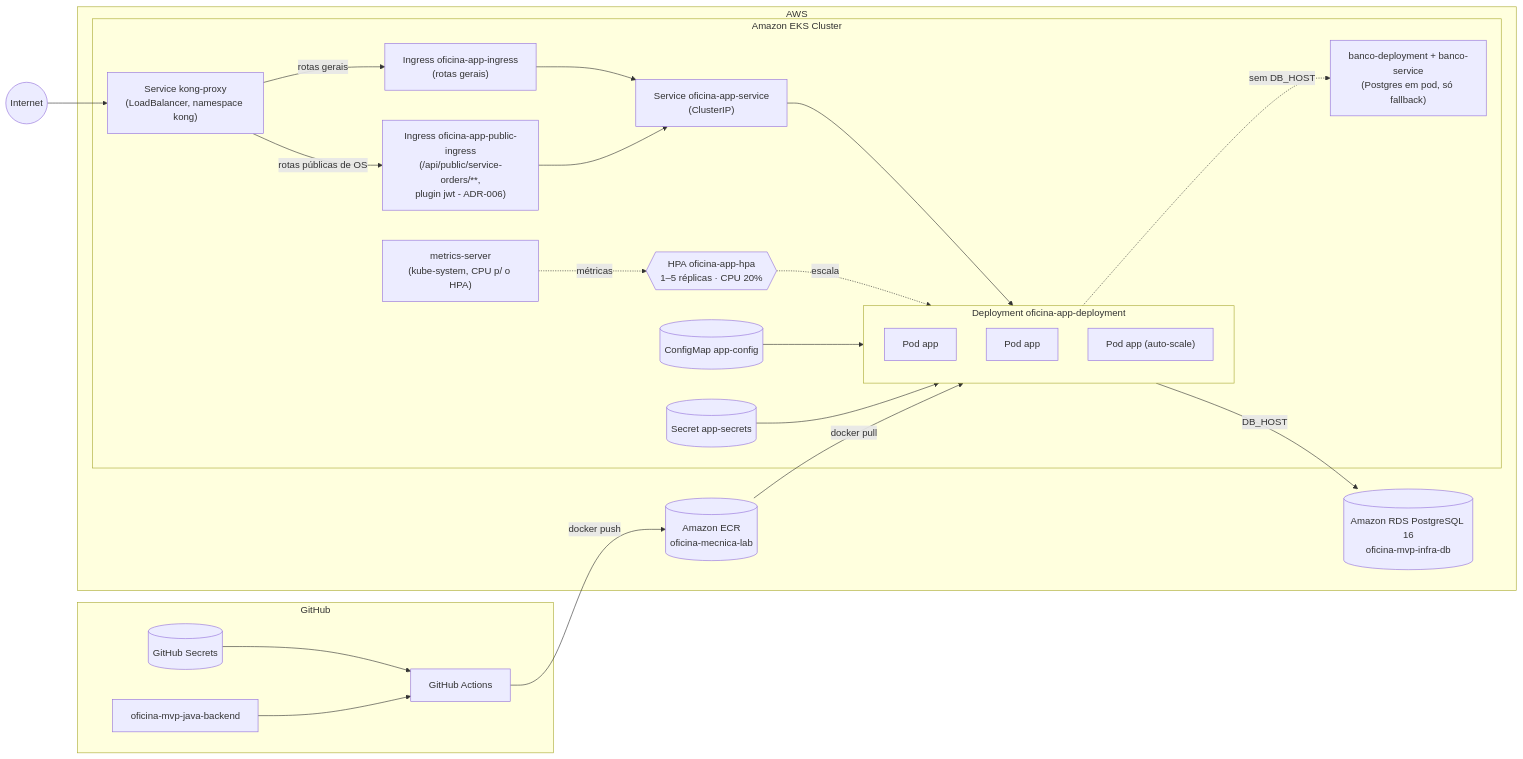
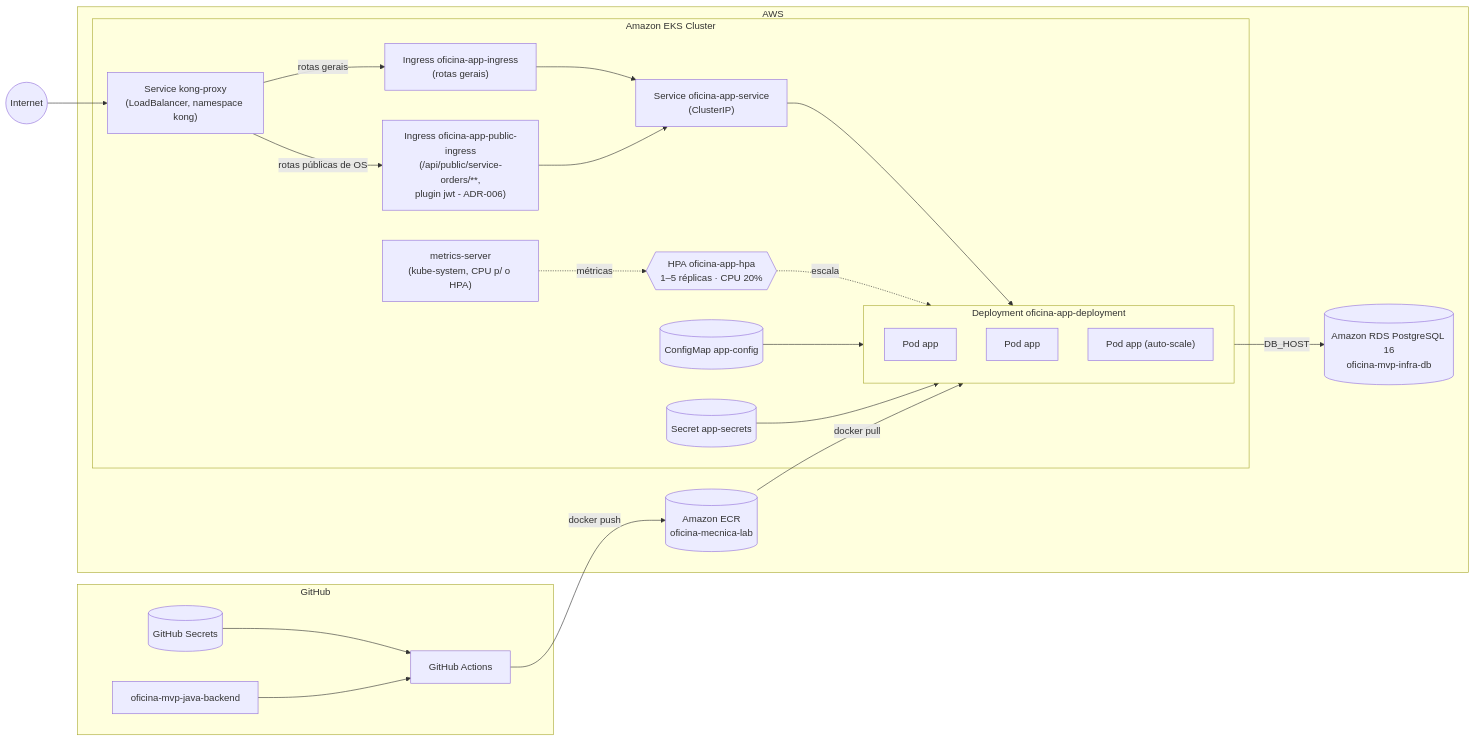
The second of 2 diagrams in README.md (lukebria/oficina-mvp-java-backend), drawn with Mermaid before and after one commit. The commit also changed other lines of this file and 5 other files, not shown here.

First line of the commit message:
feat(deploy): banco so no RDS (remove o Postgres em pod) e docs em dia

````diff
--- a/README.md
+++ b/README.md
@@ -208,46 +211,44 @@
 ```mermaid
 flowchart LR
     subgraph GH["GitHub"]
         REPO["oficina-mvp-java-backend"]
         GHA["GitHub Actions"]
         SECRETS[("GitHub Secrets")]
     end
 
     subgraph AWS["AWS"]
         ECR[("Amazon ECR<br/>oficina-mecnica-lab")]
         subgraph EKS["Amazon EKS Cluster"]
             KONGLB["Service kong-proxy<br/>(LoadBalancer, namespace kong)"]
             ING["Ingress oficina-app-ingress<br/>(rotas gerais)"]
             ING_PUB["Ingress oficina-app-public-ingress<br/>(/api/public/service-orders/**,<br/>plugin jwt - ADR-006)"]
             SVC["Service oficina-app-service<br/>(ClusterIP)"]
             HPA{{"HPA oficina-app-hpa<br/>1–5 réplicas · CPU 20%"}}
             subgraph Pods["Deployment oficina-app-deployment"]
                 POD1["Pod app"]
                 POD2["Pod app"]
                 PODN["Pod app (auto-scale)"]
             end
             CM[("ConfigMap app-config")]
             SEC2[("Secret app-secrets")]
             MS["metrics-server<br/>(kube-system, CPU p/ o HPA)"]
-            DBDEP["banco-deployment + banco-service<br/>(Postgres em pod, só fallback)"]
         end
         RDS[("Amazon RDS PostgreSQL 16<br/>oficina-mvp-infra-db")]
     end
 
     INTERNET(("Internet")) --> KONGLB
     KONGLB -->|"rotas gerais"| ING
     KONGLB -->|"rotas públicas de OS"| ING_PUB
     ING --> SVC
     ING_PUB --> SVC
     SVC --> Pods
     HPA -. escala .-> Pods
     CM --> Pods
     SEC2 --> Pods
     Pods -->|"DB_HOST"| RDS
-    Pods -.->|"sem DB_HOST"| DBDEP
     MS -. métricas .-> HPA
     GHA -->|"docker push"| ECR
     ECR -->|"docker pull"| Pods
     SECRETS --> GHA
     REPO --> GHA
 ```
````
